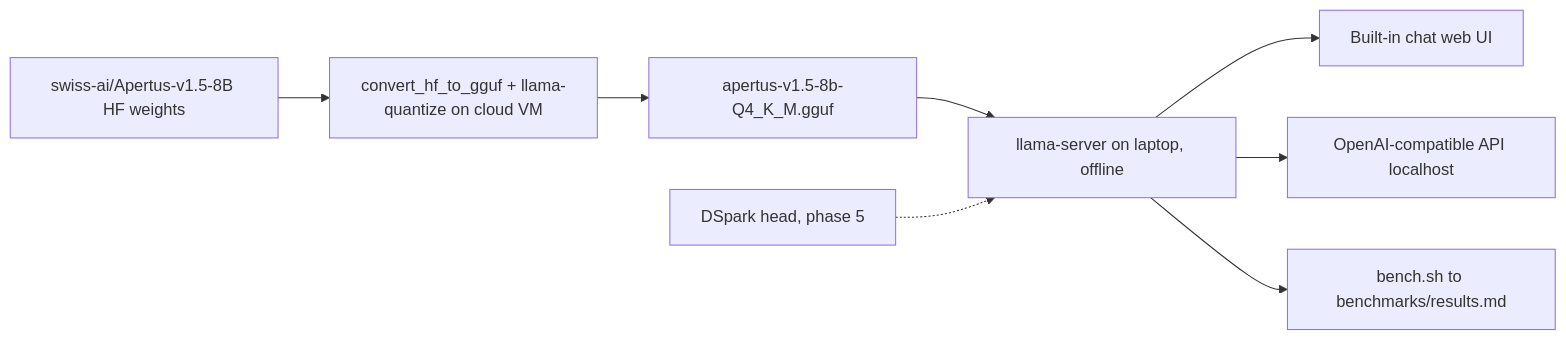
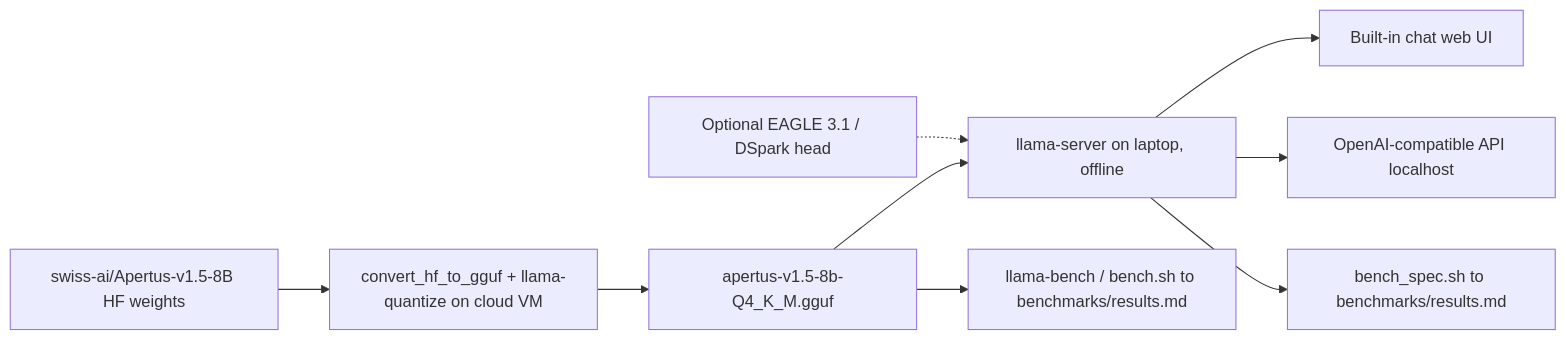
One commit to FarukZahiragic/apertus-local changed the diagram in docs/ARCHITECTURE.md. Above: the diagram before and after it, drawn with Mermaid. The commit also changed other lines of this file and 7 other files, not shown here.

````diff
--- a/docs/ARCHITECTURE.md
+++ b/docs/ARCHITECTURE.md
@@ -16,10 +16,11 @@
 ```mermaid
 flowchart LR
   HF["swiss-ai/Apertus-v1.5-8B HF weights"] --> Conv["convert_hf_to_gguf + llama-quantize on cloud VM"]
   Conv --> GGUF["apertus-v1.5-8b-Q4_K_M.gguf"]
   GGUF --> Server["llama-server on laptop, offline"]
-  DSpark["DSpark head, phase 5"] -.-> Server
+  Draft["Optional EAGLE 3.1 / DSpark head"] -.-> Server
   Server --> WebUI["Built-in chat web UI"]
   Server --> API["OpenAI-compatible API localhost"]
-  Server --> Bench["bench.sh to benchmarks/results.md"]
+  GGUF --> Bench["llama-bench / bench.sh to benchmarks/results.md"]
+  Server --> SpecBench["bench_spec.sh to benchmarks/results.md"]
 ```
````
